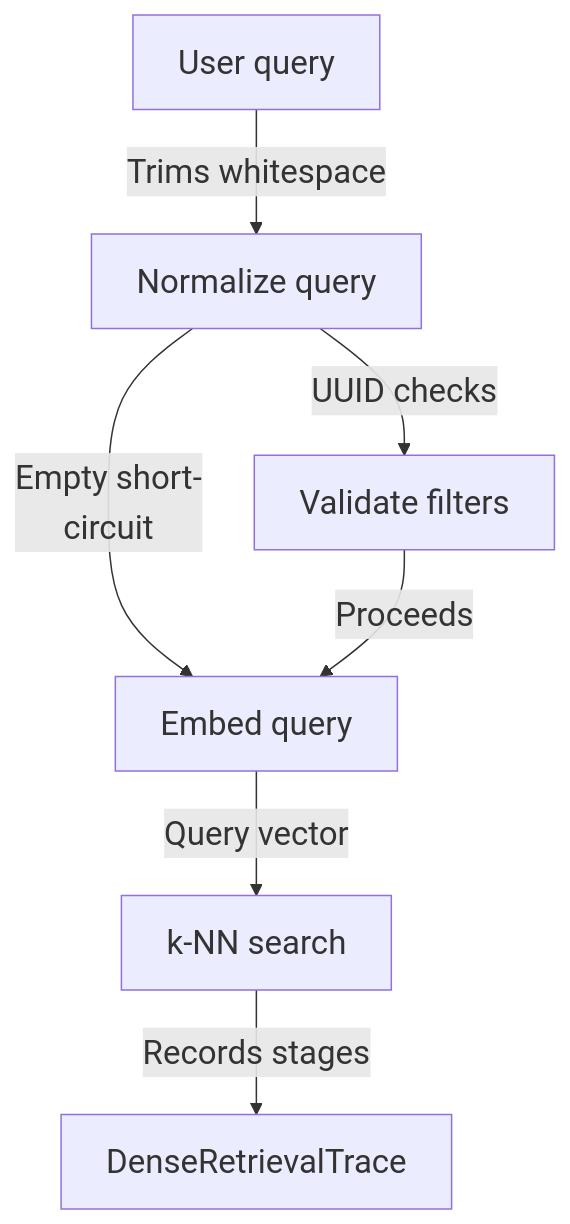
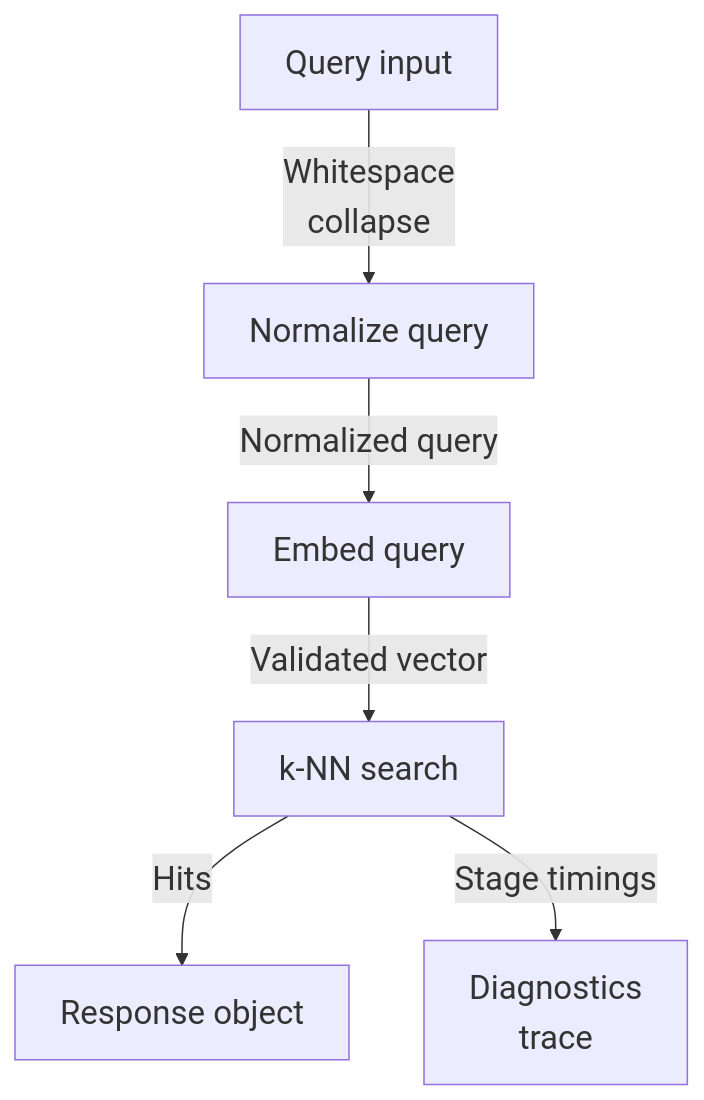
The second of 3 diagrams in maps/retrieval/README.md (Justin-Mendoza/Afterclass), drawn with Mermaid before and after one commit. The commit also changed other lines of this file and 83 other files, not shown here.

````diff
--- a/maps/retrieval/README.md
+++ b/maps/retrieval/README.md
@@ -64,16 +66,15 @@
 ```mermaid
 %%{init: {"themeVariables": {"fontSize": "22px"}}}%%
 flowchart TD
-  n0["User query"]
+  n0["Query input"]
   n1["Normalize query"]
-  n2["Validate filters"]
-  n3["Embed query"]
-  n4["k-NN search"]
-  n5["DenseRetrievalTrace"]
-  n0 -->|"Trims whitespace"| n1
-  n1 -->|"UUID checks"| n2
-  n1 -->|"Empty short-<br/>circuit"| n3
-  n2 -->|"Proceeds"| n3
-  n3 -->|"Query vector"| n4
-  n4 -->|"Records stages"| n5
+  n2["Embed query"]
+  n3["k-NN search"]
+  n4["Response object"]
+  n5["Diagnostics<br/>trace"]
+  n0 -->|"Whitespace<br/>collapse"| n1
+  n1 -->|"Normalized query"| n2
+  n2 -->|"Validated vector"| n3
+  n3 -->|"Hits"| n4
+  n3 -->|"Stage timings"| n5
 ```
````
